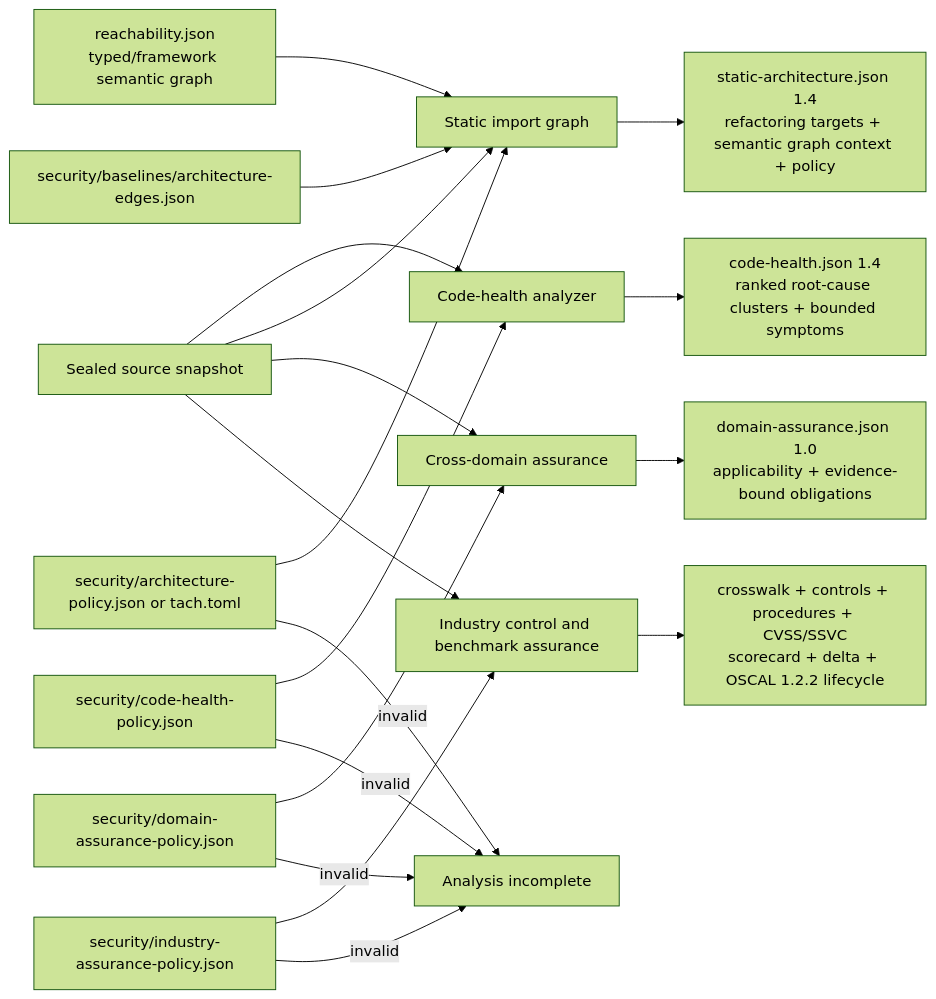
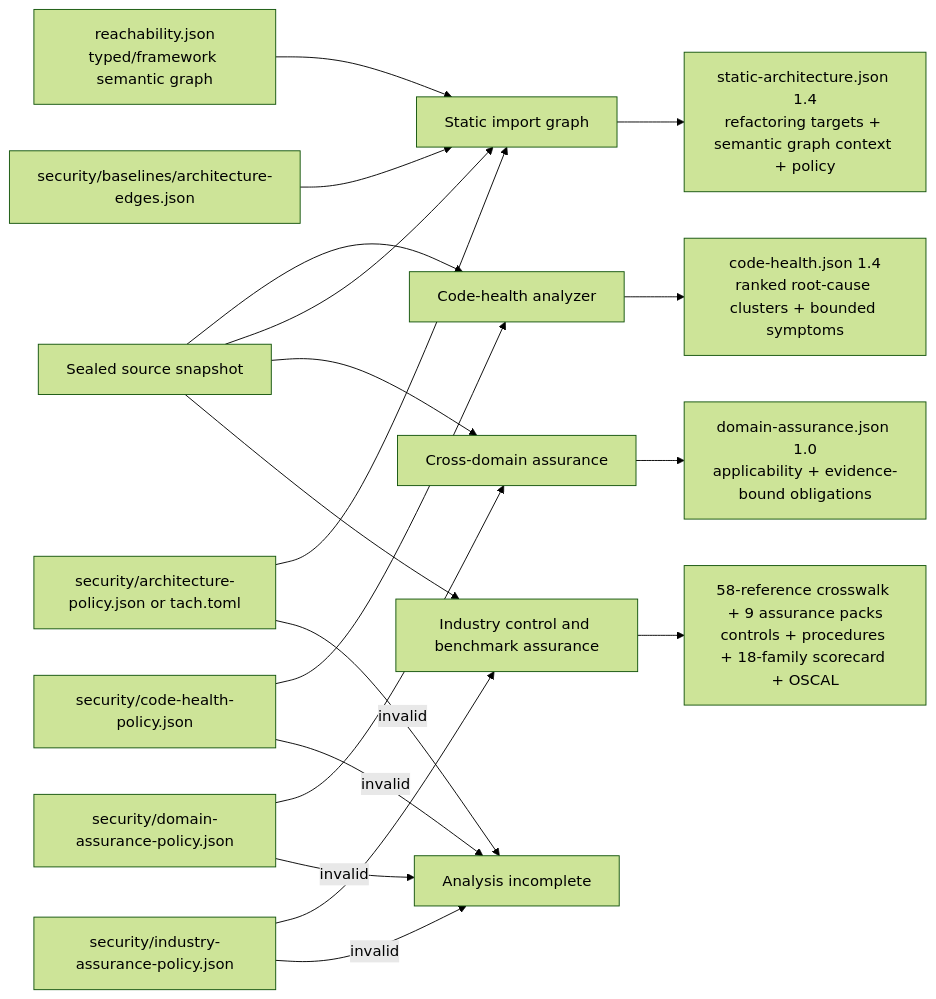
Before and after one commit to willtran87/project-py-security-suite: the third of 3 diagrams in docs/configuration.md, drawn with Mermaid (forest theme). The commit also changed other lines of this file and 15 other files, not shown here.

Commit message:
feat: raise industry assurance readiness

````diff
--- a/docs/configuration.md
+++ b/docs/configuration.md
@@ -132,21 +132,21 @@
 ```mermaid
 flowchart LR
     Snapshot["Sealed source snapshot"] --> Health["Code-health analyzer"]
     HealthPolicy["security/code-health-policy.json"] --> Health
     Snapshot --> Graph["Static import graph"]
     Reachability["reachability.json<br/>typed/framework semantic graph"] --> Graph
     ArchitecturePolicy["security/architecture-policy.json or tach.toml"] --> Graph
     EdgeBaseline["security/baselines/architecture-edges.json"] --> Graph
     Snapshot --> Domains["Cross-domain assurance"]
     DomainPolicy["security/domain-assurance-policy.json"] --> Domains
     Snapshot --> Industry["Industry control and benchmark assurance"]
     IndustryPolicy["security/industry-assurance-policy.json"] --> Industry
     Health --> HealthArtifact["code-health.json 1.4<br/>ranked root-cause clusters + bounded symptoms"]
     Graph --> ArchitectureArtifact["static-architecture.json 1.4<br/>refactoring targets + semantic graph context + policy"]
     Domains --> DomainArtifact["domain-assurance.json 1.0<br/>applicability + evidence-bound obligations"]
-    Industry --> IndustryArtifacts["crosswalk + controls + procedures + CVSS/SSVC<br/>scorecard + delta + OSCAL 1.2.2 lifecycle"]
+    Industry --> IndustryArtifacts["58-reference crosswalk + 9 assurance packs<br/>controls + procedures + 18-family scorecard + OSCAL"]
     HealthPolicy -->|"invalid"| Incomplete["Analysis incomplete"]
     ArchitecturePolicy -->|"invalid"| Incomplete
     DomainPolicy -->|"invalid"| Incomplete
     IndustryPolicy -->|"invalid"| Incomplete
 ```
````
